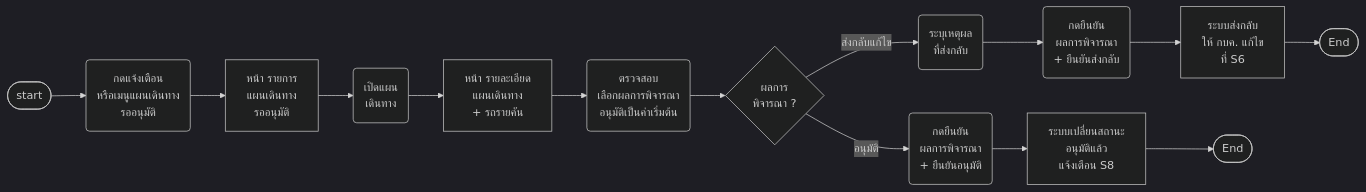
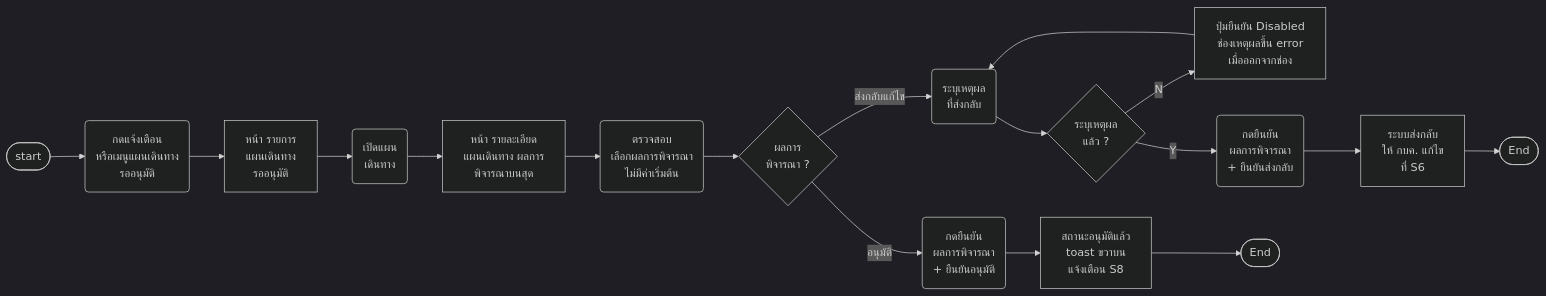
One commit to anugmail/Maintenance-Request-Form changed the fifth of 21 diagrams in Diagram/01-บำรุงรักษาตามวาระ/14-บำรุงรักษา-userflow.md. Above: the diagram before and after it, drawn with Mermaid (dark theme). The commit also changed other lines of this file and 52 other files, not shown here.

````diff
--- a/Diagram/01-บำรุงรักษาตามวาระ/14-บำรุงรักษา-userflow.md
+++ b/Diagram/01-บำรุงรักษาตามวาระ/14-บำรุงรักษา-userflow.md
@@ -302,17 +391,20 @@
 ```mermaid
 flowchart LR
     S([start]) --> A0("กดแจ้งเตือน<br/>หรือเมนูแผนเดินทาง<br/>รออนุมัติ")
     A0 --> D1["หน้า รายการ<br/>แผนเดินทาง<br/>รออนุมัติ"]
     D1 --> A1("เปิดแผน<br/>เดินทาง")
-    A1 --> D2["หน้า รายละเอียด<br/>แผนเดินทาง<br/>+ รถรายคัน"]
-    D2 --> A2("ตรวจสอบ<br/>เลือกผลการพิจารณา<br/>อนุมัติเป็นค่าเริ่มต้น")
+    A1 --> D2["หน้า รายละเอียด<br/>แผนเดินทาง ผลการ<br/>พิจารณาบนสุด"]
+    D2 --> A2("ตรวจสอบ<br/>เลือกผลการพิจารณา<br/>ไม่มีค่าเริ่มต้น")
     A2 --> Q1{"ผลการ<br/>พิจารณา ?"}
     Q1 -->|ส่งกลับแก้ไข| A3("ระบุเหตุผล<br/>ที่ส่งกลับ")
-    A3 --> A4("กดยืนยัน<br/>ผลการพิจารณา<br/>+ ยืนยันส่งกลับ")
+    A3 --> Q2{"ระบุเหตุผล<br/>แล้ว ?"}
+    Q2 -->|N| D5["ปุ่มยืนยัน Disabled<br/>ช่องเหตุผลขึ้น error<br/>เมื่อออกจากช่อง"]
+    D5 --> A3
+    Q2 -->|Y| A4("กดยืนยัน<br/>ผลการพิจารณา<br/>+ ยืนยันส่งกลับ")
     A4 --> D3["ระบบส่งกลับ<br/>ให้ กบค. แก้ไข<br/>ที่ S6"]
     D3 --> E1([End])
     Q1 -->|อนุมัติ| A5("กดยืนยัน<br/>ผลการพิจารณา<br/>+ ยืนยันอนุมัติ")
-    A5 --> D4["ระบบเปลี่ยนสถานะ<br/>อนุมัติแล้ว<br/>แจ้งเตือน S8"]
+    A5 --> D4["สถานะอนุมัติแล้ว<br/>toast ขวาบน<br/>แจ้งเตือน S8"]
     D4 --> E([End])
     %% Q: A0 | Q45 ❓ ผู้อนุมัติแผนเดินทางมาจาก API getUpperLower ตำแหน่งไหน (หัวหน้า กบค. หรือไม่) · ชั้นเดียวหรือหลายชั้น
 ```
````
